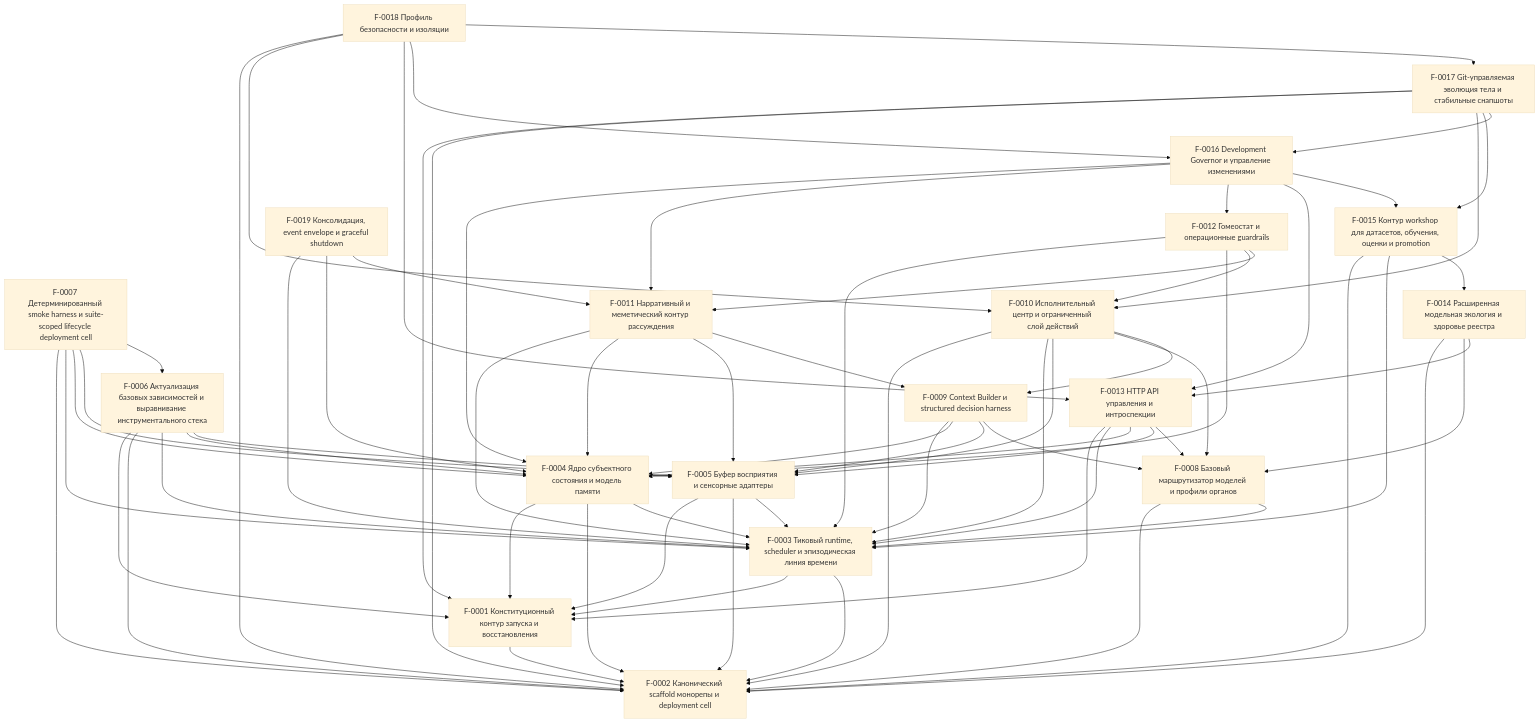
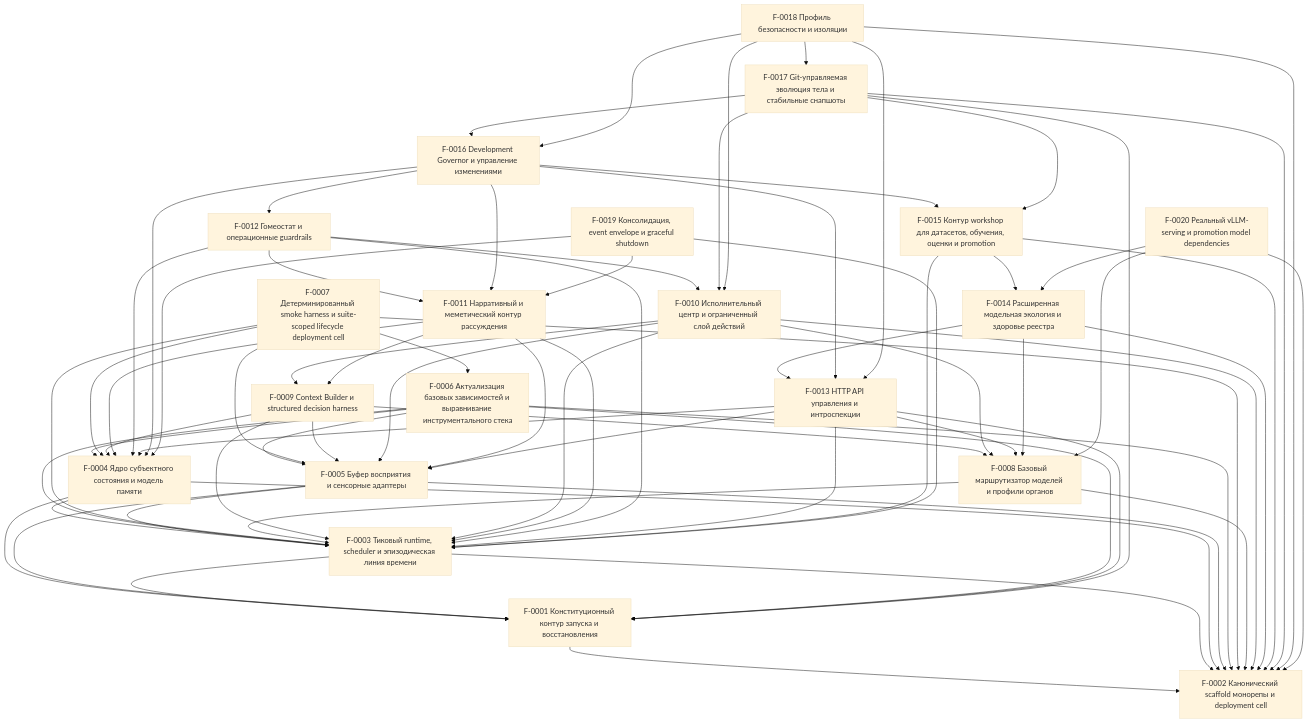
Before and after one commit to kostysh/yaagi: the diagram in docs/ssot/index.md, drawn with Mermaid (base theme). The commit also changed other lines of this file and 5 other files, not shown here.

````diff
--- a/docs/ssot/index.md
+++ b/docs/ssot/index.md
@@ -55,6 +56,7 @@
   F0017["F-0017 Git-управляемая эволюция тела и стабильные снапшоты"]
   F0018["F-0018 Профиль безопасности и изоляции"]
   F0019["F-0019 Консолидация, event envelope и graceful shutdown"]
+  F0020["F-0020 Реальный vLLM-serving и promotion model dependencies"]
   F0001 --> F0002
   F0003 --> F0001
   F0003 --> F0002
@@ -122,4 +124,7 @@
   F0019 --> F0003
   F0019 --> F0004
   F0019 --> F0011
+  F0020 --> F0002
+  F0020 --> F0008
+  F0020 --> F0014
 ```
````
